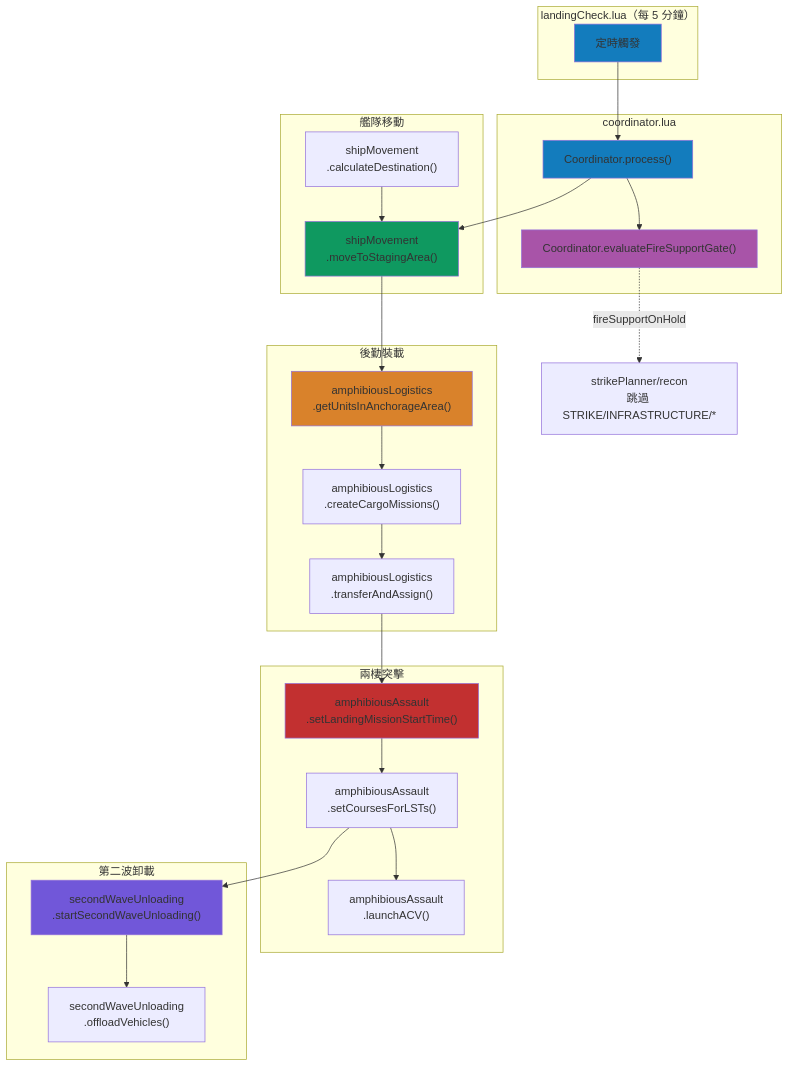
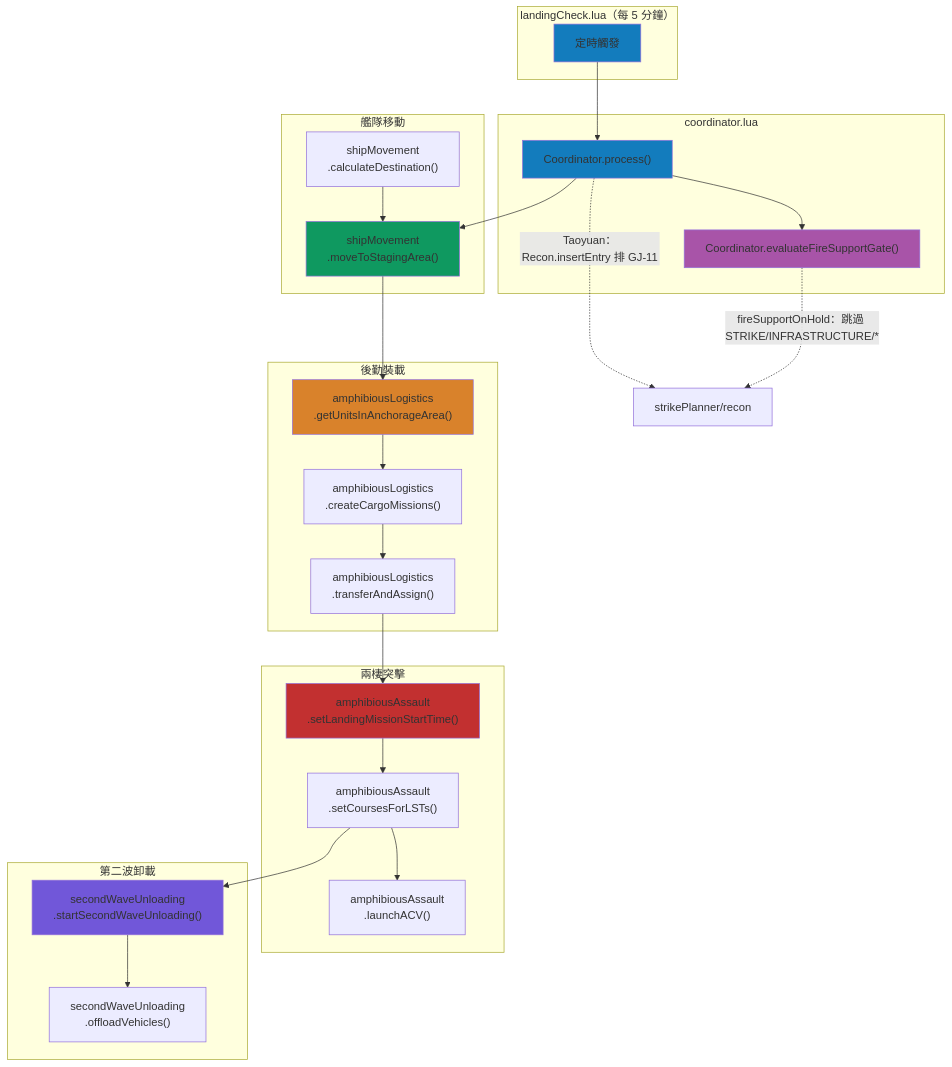
Before and after one commit to pullupjumper/formosa-in-flames: the first of 3 diagrams in docs/landingOps/README.md, drawn with Mermaid. The commit also changed other lines of this file and 11 other files, not shown here.

First line of the commit message:
refactor(strikePlanner): return inserted entry and accept startTime in Recon.insertEntry

````diff
--- a/docs/landingOps/README.md
+++ b/docs/landingOps/README.md
@@ -43,52 +43,53 @@
 ```mermaid
 flowchart TB
     subgraph 觸發器["landingCheck.lua（每 5 分鐘）"]
         TRIGGER[定時觸發]
     end
 
     subgraph 編排層["coordinator.lua"]
         COORD["Coordinator.process()"]
         GATE["Coordinator.evaluateFireSupportGate()"]
     end
 
     subgraph 階段一["艦隊移動"]
         SM["shipMovement<br>.moveToStagingArea()"]
         CALC["shipMovement<br>.calculateDestination()"]
     end
 
     subgraph 階段二["後勤裝載"]
         AL_GET["amphibiousLogistics<br>.getUnitsInAnchorageArea()"]
         AL_CREATE["amphibiousLogistics<br>.createCargoMissions()"]
         AL_TRANSFER["amphibiousLogistics<br>.transferAndAssign()"]
     end
 
     subgraph 階段三["兩棲突擊"]
         AA_TIME["amphibiousAssault<br>.setLandingMissionStartTime()"]
         AA_COURSE["amphibiousAssault<br>.setCoursesForLSTs()"]
         AA_ACV["amphibiousAssault<br>.launchACV()"]
     end
 
     subgraph 階段四["第二波卸載"]
         SW_START["secondWaveUnloading<br>.startSecondWaveUnloading()"]
         SW_OFFLOAD["secondWaveUnloading<br>.offloadVehicles()"]
     end
 
     TRIGGER --> COORD
     COORD --> SM
     CALC --> SM
     SM --> AL_GET
     AL_GET --> AL_CREATE --> AL_TRANSFER
     AL_TRANSFER --> AA_TIME --> AA_COURSE
     AA_COURSE --> AA_ACV
     AA_COURSE --> SW_START --> SW_OFFLOAD
     COORD --> GATE
-    GATE -.->|fireSupportOnHold| RECON["strikePlanner/recon<br>跳過 STRIKE/INFRASTRUCTURE/*"]
+    COORD -.->|Taoyuan：Recon.insertEntry 排 GJ-11| RECON["strikePlanner/recon"]
+    GATE -.->|fireSupportOnHold：跳過 STRIKE/INFRASTRUCTURE/*| RECON
 
     style TRIGGER fill:#137cbd
     style COORD fill:#137cbd
     style GATE fill:#a854a8
     style SM fill:#0f9960
     style AL_GET fill:#d9822b
     style AA_TIME fill:#c23030
     style SW_START fill:#7157d9
 ```
````
